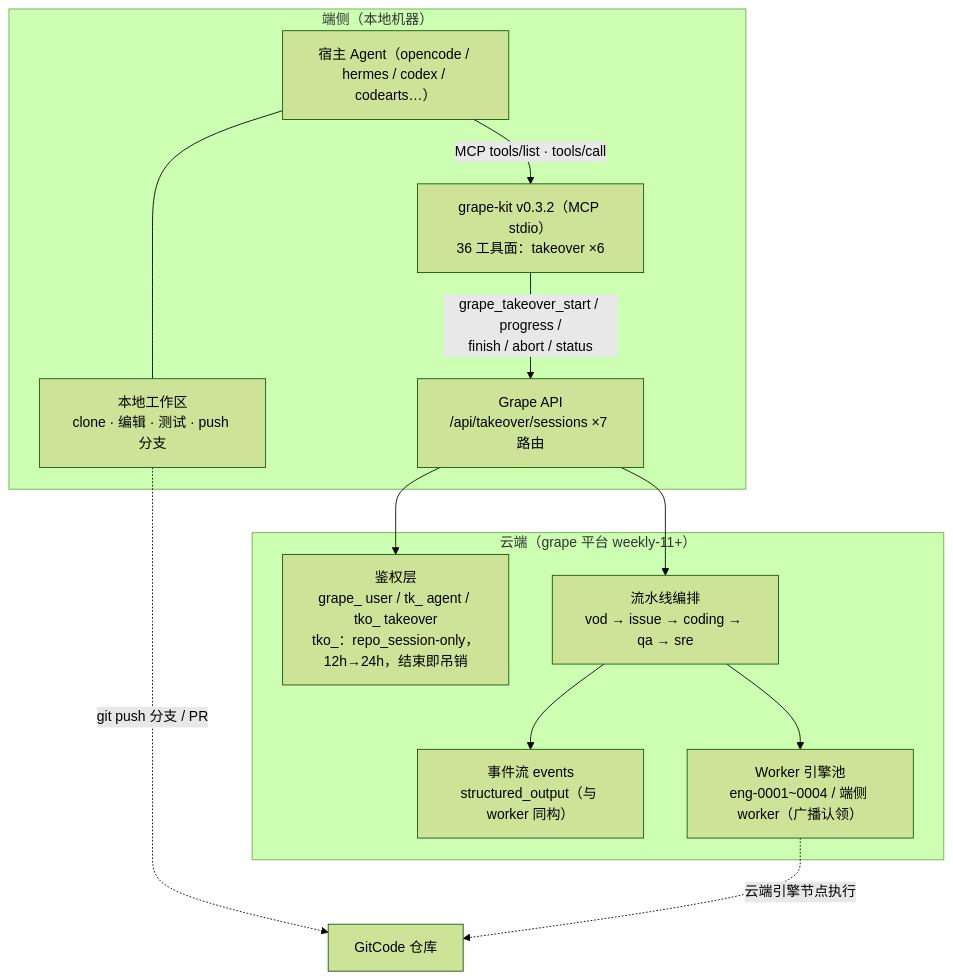
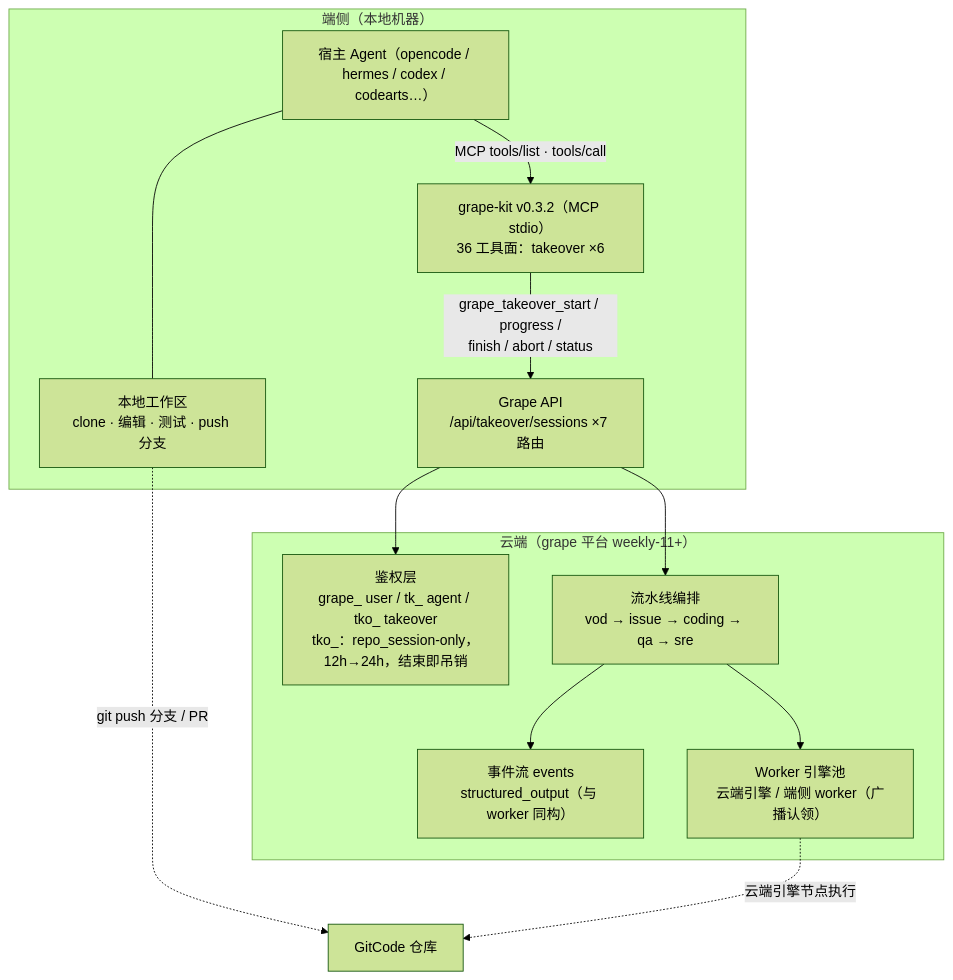
One commit to grape-dev/grape-kit changed the first of 2 diagrams in docs/20261114-takeover-architecture.md. Above: the diagram before and after it, drawn with Mermaid (forest theme). The commit also changed other lines of this file and 11 other files, not shown here.

````diff
--- a/docs/20261114-takeover-architecture.md
+++ b/docs/20261114-takeover-architecture.md
@@ -11,26 +11,26 @@
 ```mermaid
 flowchart TB
     subgraph EDGE["端侧（本地机器）"]
         AG["宿主 Agent（opencode / hermes / codex / codearts…）"]
         KIT["grape-kit v0.3.2（MCP stdio）<br/>36 工具面：takeover ×6"]
         WS["本地工作区<br/>clone · 编辑 · 测试 · push 分支"]
         AG -->|"MCP tools/list · tools/call"| KIT
         KIT -->|"grape_takeover_start / progress /<br/>finish / abort / status"| GW
         AG --- WS
     end
 
     subgraph CLOUD["云端（grape 平台 weekly-11+）"]
         GW["Grape API<br/>/api/takeover/sessions ×7 路由"]
         AUTH["鉴权层<br/>grape_ user / tk_ agent / tko_ takeover<br/>tko_：repo_session-only，12h→24h，结束即吊销"]
         PIPE["流水线编排<br/>vod → issue → coding → qa → sre"]
         EV["事件流 events<br/>structured_output（与 worker 同构）"]
-        POOL["Worker 引擎池<br/>eng-0001~0004 / 端侧 worker（广播认领）"]
+        POOL["Worker 引擎池<br/>云端引擎 / 端侧 worker（广播认领）"]
         GW --> AUTH
         GW --> PIPE
         PIPE --> EV
         PIPE --> POOL
     end
 
     WS -.->|"git push 分支 / PR"| VCS["GitCode 仓库"]
     POOL -.->|"云端引擎节点执行"| VCS
 ```
````
